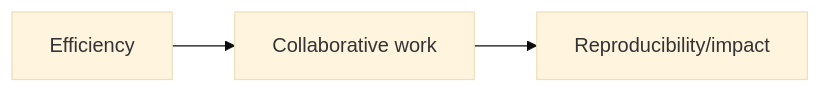
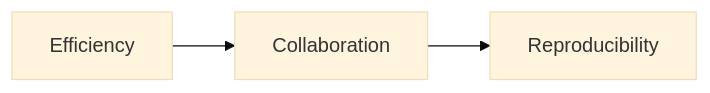
One commit to Alliance-RDM-GDR/CUR_Res_DepositingData changed the first of 3 diagrams in RDM_DepositingData_en.qmd. Above: the diagram before and after it, drawn with Mermaid (base theme). The commit also changed other lines of this file and 3 other files, not shown here.

````diff
--- a/RDM_DepositingData_en.qmd
+++ b/RDM_DepositingData_en.qmd
@@ -84,7 +84,8 @@
 ```{mermaid}
-%%| fig-width: 10
+%%| fig-width: 20
 %%| fig-height: 9
 
 flowchart LR
-  A[Efficiency] --> B[Collaborative work] --> C[Reproducibility/impact]
+A[Efficiency] --> B[Collaboration] 
+B --> C[Reproducibility]
 ```
````
